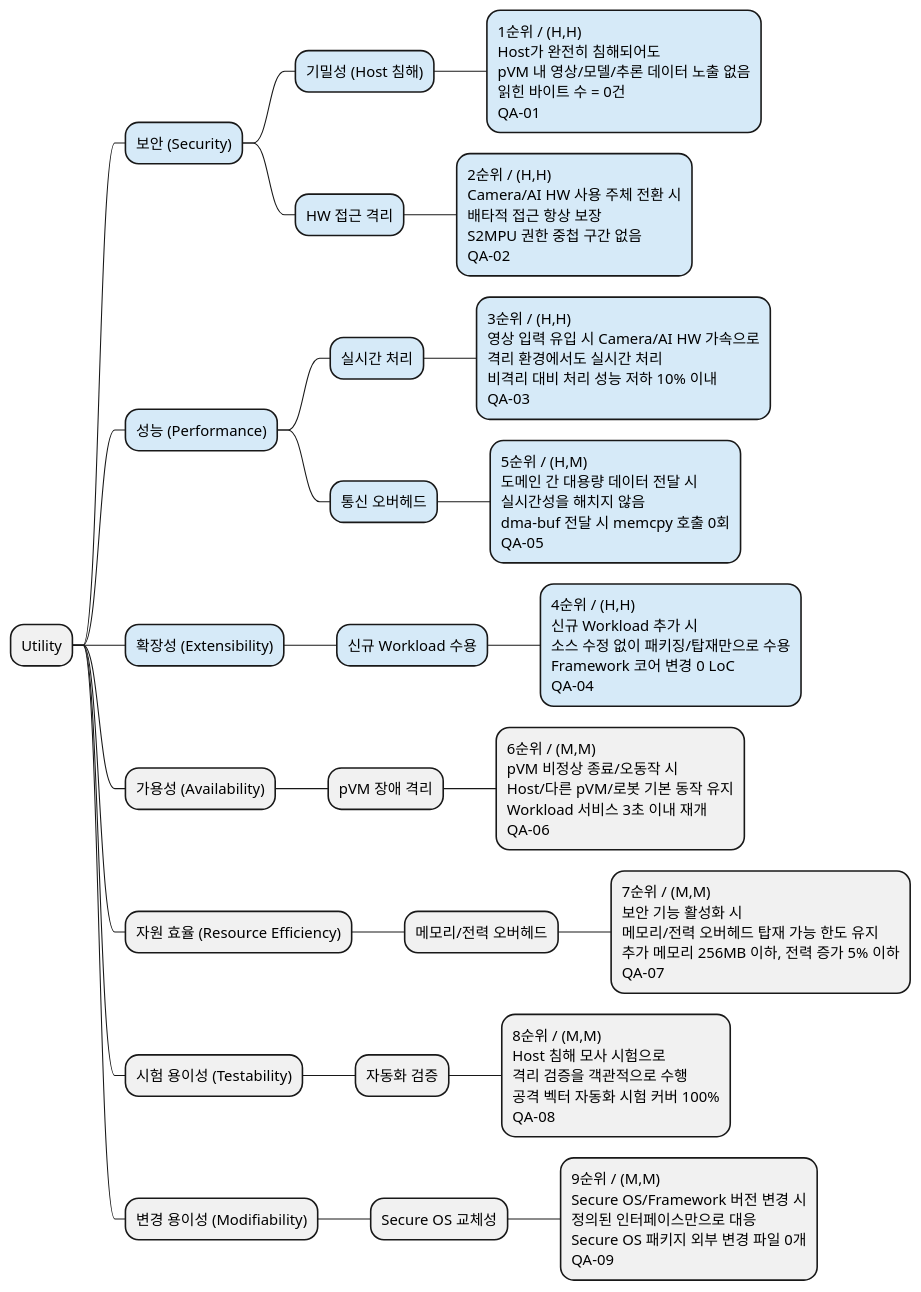
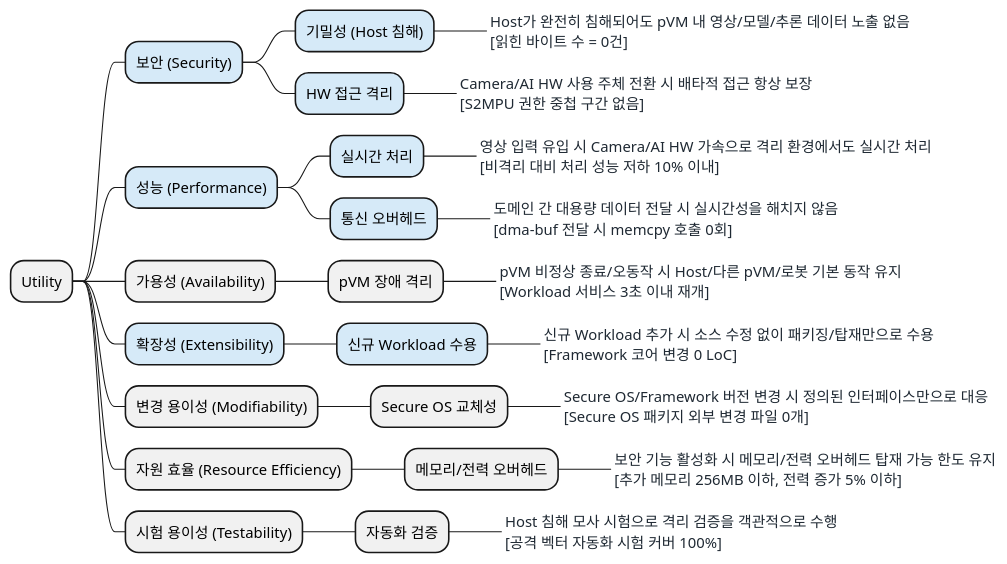
Before and after one commit to boram1288/test-p: the diagram in docs/03_utility_tree.md, drawn with PlantUML. The commit also changed other lines of this file and 8 other files, not shown here.

````diff
--- a/docs/03_utility_tree.md
+++ b/docs/03_utility_tree.md
@@ -24,30 +24,37 @@
 ```plantuml
 @startmindmap
+<style>
+mindmapDiagram {
+  boxless {
+    FontColor #1F2933
+  }
+}
+</style>
 * Utility
 **[#D6EAF8] 보안 (Security)
 ***[#D6EAF8] 기밀성 (Host 침해)
-****[#D6EAF8] 1순위 / (H,H)\nHost가 완전히 침해되어도\npVM 내 영상/모델/추론 데이터 노출 없음\n읽힌 바이트 수 = 0건\nQA-01
+****_ Host가 완전히 침해되어도 pVM 내 영상/모델/추론 데이터 노출 없음\n[읽힌 바이트 수 = 0건]
 ***[#D6EAF8] HW 접근 격리
-****[#D6EAF8] 2순위 / (H,H)\nCamera/AI HW 사용 주체 전환 시\n배타적 접근 항상 보장\nS2MPU 권한 중첩 구간 없음\nQA-02
+****_ Camera/AI HW 사용 주체 전환 시 배타적 접근 항상 보장\n[S2MPU 권한 중첩 구간 없음]
 **[#D6EAF8] 성능 (Performance)
 ***[#D6EAF8] 실시간 처리
-****[#D6EAF8] 3순위 / (H,H)\n영상 입력 유입 시 Camera/AI HW 가속으로\n격리 환경에서도 실시간 처리\n비격리 대비 처리 성능 저하 10% 이내\nQA-03
+****_ 영상 입력 유입 시 Camera/AI HW 가속으로 격리 환경에서도 실시간 처리\n[비격리 대비 처리 성능 저하 10% 이내]
 ***[#D6EAF8] 통신 오버헤드
-****[#D6EAF8] 5순위 / (H,M)\n도메인 간 대용량 데이터 전달 시\n실시간성을 해치지 않음\ndma-buf 전달 시 memcpy 호출 0회\nQA-05
+****_ 도메인 간 대용량 데이터 전달 시 실시간성을 해치지 않음\n[dma-buf 전달 시 memcpy 호출 0회]
+** 가용성 (Availability)
+*** pVM 장애 격리
+****_ pVM 비정상 종료/오동작 시 Host/다른 pVM/로봇 기본 동작 유지\n[Workload 서비스 3초 이내 재개]
 **[#D6EAF8] 확장성 (Extensibility)
 ***[#D6EAF8] 신규 Workload 수용
-****[#D6EAF8] 4순위 / (H,H)\n신규 Workload 추가 시\n소스 수정 없이 패키징/탑재만으로 수용\nFramework 코어 변경 0 LoC\nQA-04
-** 가용성 (Availability)
-*** pVM 장애 격리
-**** 6순위 / (M,M)\npVM 비정상 종료/오동작 시\nHost/다른 pVM/로봇 기본 동작 유지\nWorkload 서비스 3초 이내 재개\nQA-06
+****_ 신규 Workload 추가 시 소스 수정 없이 패키징/탑재만으로 수용\n[Framework 코어 변경 0 LoC]
+** 변경 용이성 (Modifiability)
+*** Secure OS 교체성
+****_ Secure OS/Framework 버전 변경 시 정의된 인터페이스만으로 대응\n[Secure OS 패키지 외부 변경 파일 0개]
 ** 자원 효율 (Resource Efficiency)
 *** 메모리/전력 오버헤드
-**** 7순위 / (M,M)\n보안 기능 활성화 시\n메모리/전력 오버헤드 탑재 가능 한도 유지\n추가 메모리 256MB 이하, 전력 증가 5% 이하\nQA-07
+****_ 보안 기능 활성화 시 메모리/전력 오버헤드 탑재 가능 한도 유지\n[추가 메모리 256MB 이하, 전력 증가 5% 이하]
 ** 시험 용이성 (Testability)
 *** 자동화 검증
-**** 8순위 / (M,M)\nHost 침해 모사 시험으로\n격리 검증을 객관적으로 수행\n공격 벡터 자동화 시험 커버 100%\nQA-08
-** 변경 용이성 (Modifiability)
-*** Secure OS 교체성
-**** 9순위 / (M,M)\nSecure OS/Framework 버전 변경 시\n정의된 인터페이스만으로 대응\nSecure OS 패키지 외부 변경 파일 0개\nQA-09
+****_ Host 침해 모사 시험으로 격리 검증을 객관적으로 수행\n[공격 벡터 자동화 시험 커버 100%]
 @endmindmap
 ```
````
